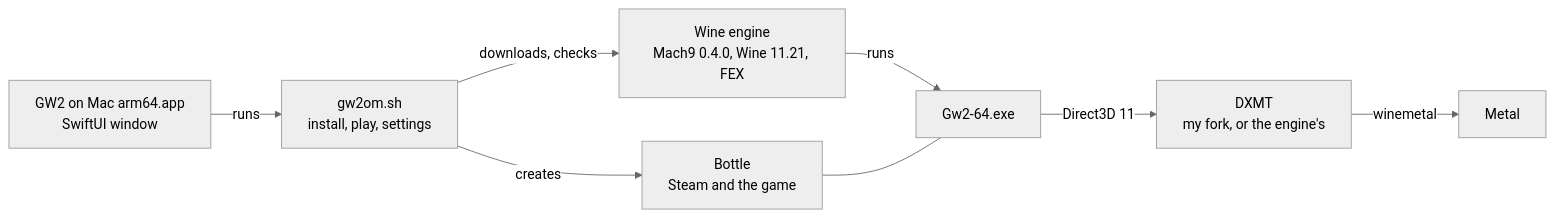
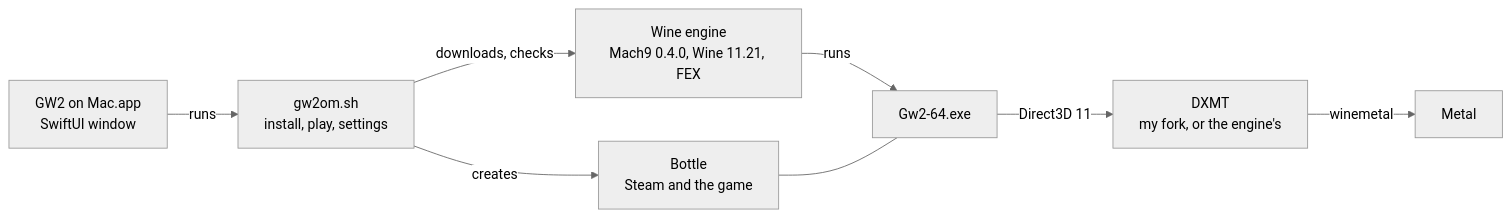
The first of 3 diagrams in README.md (jdrly/gw2-on-mac), drawn with Mermaid (neutral theme) before and after one commit. The commit also changed other lines of this file and 12 other files, not shown here.

````diff
--- a/README.md
+++ b/README.md
@@ -514,10 +515,10 @@
 ```mermaid
 flowchart LR
-    app["GW2 on Mac arm64.app<br/>SwiftUI window"] -->|"runs"| sh["gw2om.sh<br/>install, play, settings"]
+    app["GW2 on Mac.app<br/>SwiftUI window"] -->|"runs"| sh["gw2om.sh<br/>install, play, settings"]
     sh -->|"downloads, checks"| engine["Wine engine<br/>Mach9 0.4.0, Wine 11.21, FEX"]
     sh -->|"creates"| bottle["Bottle<br/>Steam and the game"]
     engine -->|"runs"| game["Gw2-64.exe"]
     bottle --- game
     game -->|"Direct3D 11"| dxmt["DXMT<br/>my fork, or the engine's"]
     dxmt -->|"winemetal"| metal["Metal"]
 ```
````
